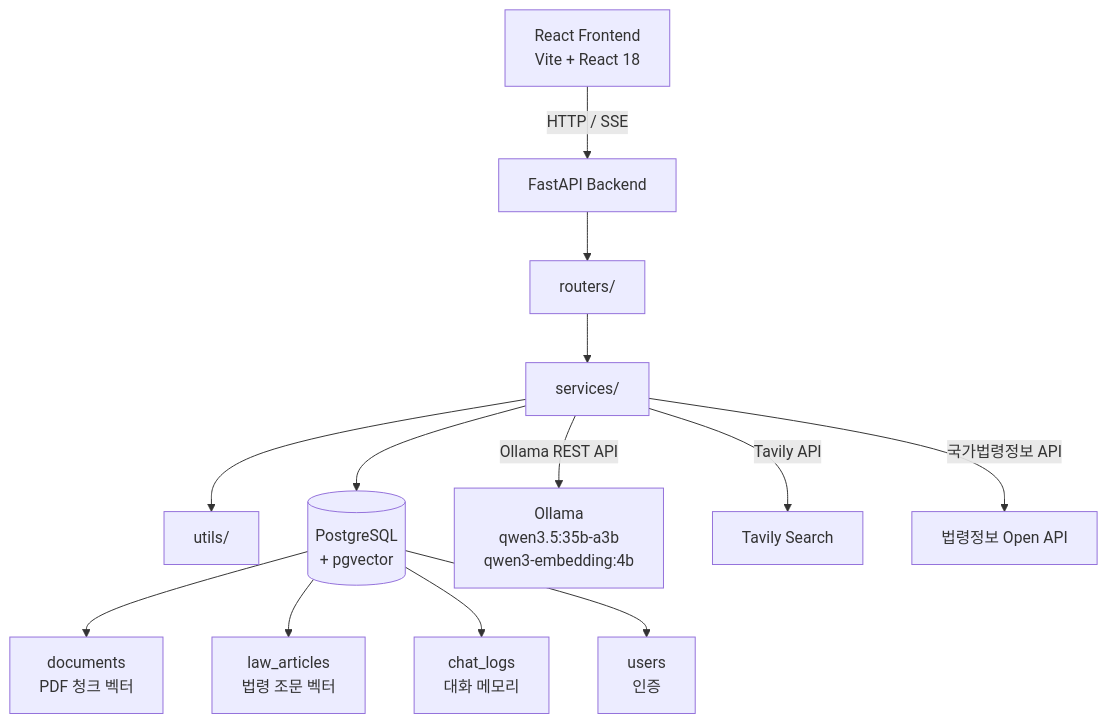
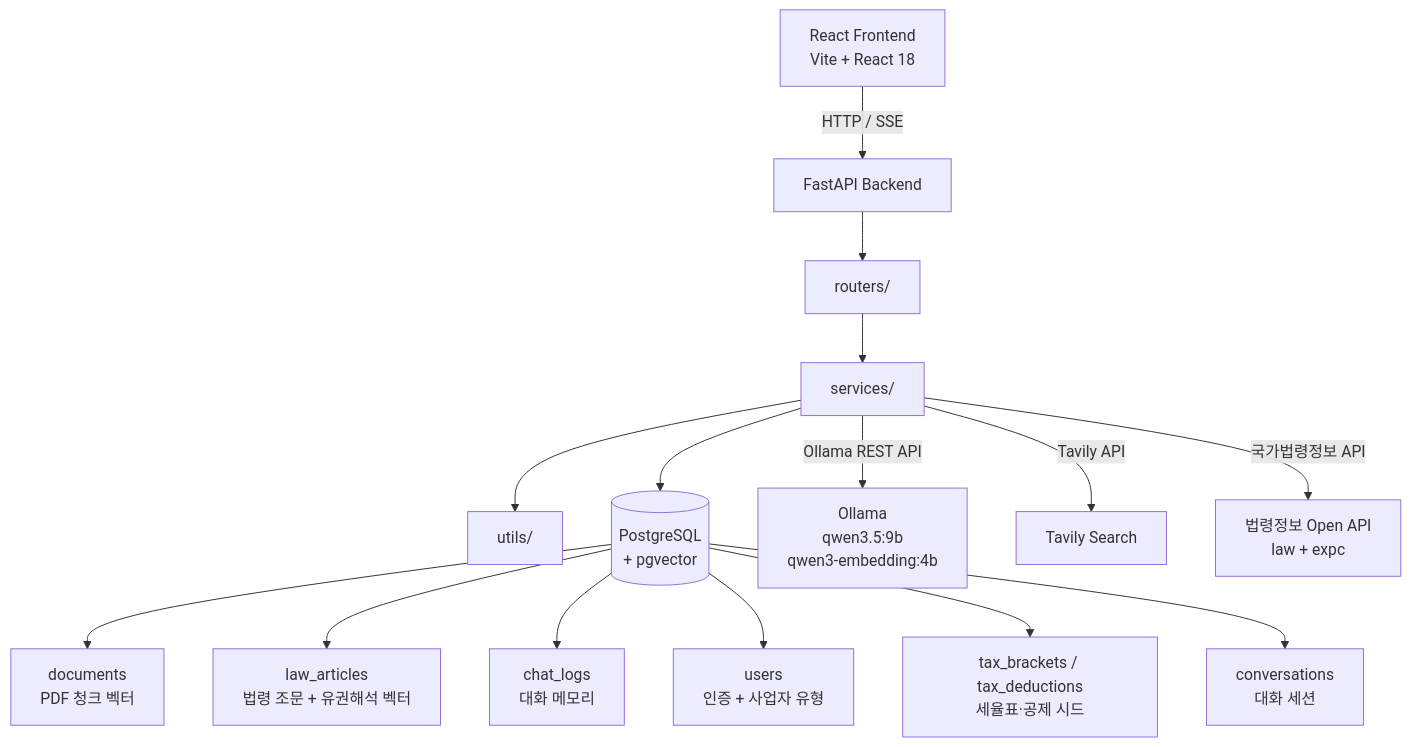
One commit to pth6254/tax_assistant changed the diagram in README.md. Above: the diagram before and after it, drawn with Mermaid. The commit also changed other lines of this file and 69 other files, not shown here.

````diff
--- a/README.md
+++ b/README.md
@@ -111,18 +139,20 @@
 ```mermaid
 graph TD
     A[React Frontend<br/>Vite + React 18] -->|HTTP / SSE| B[FastAPI Backend]
 
     B --> C[routers/]
     C --> D[services/]
     D --> E[utils/]
     D --> F[(PostgreSQL<br/>+ pgvector)]
 
-    D -->|Ollama REST API| G[Ollama<br/>qwen3.5:35b-a3b<br/>qwen3-embedding:4b]
+    D -->|Ollama REST API| G[Ollama<br/>qwen3.5:9b<br/>qwen3-embedding:4b]
     D -->|Tavily API| H[Tavily Search]
-    D -->|국가법령정보 API| I[법령정보 Open API]
+    D -->|국가법령정보 API| I[법령정보 Open API<br/>law + expc]
 
     F --> F1[documents<br/>PDF 청크 벡터]
-    F --> F2[law_articles<br/>법령 조문 벡터]
+    F --> F2[law_articles<br/>법령 조문 + 유권해석 벡터]
     F --> F3[chat_logs<br/>대화 메모리]
-    F --> F4[users<br/>인증]
+    F --> F4[users<br/>인증 + 사업자 유형]
+    F --> F5[tax_brackets / tax_deductions<br/>세율표·공제 시드]
+    F --> F6[conversations<br/>대화 세션]
 ```
````
